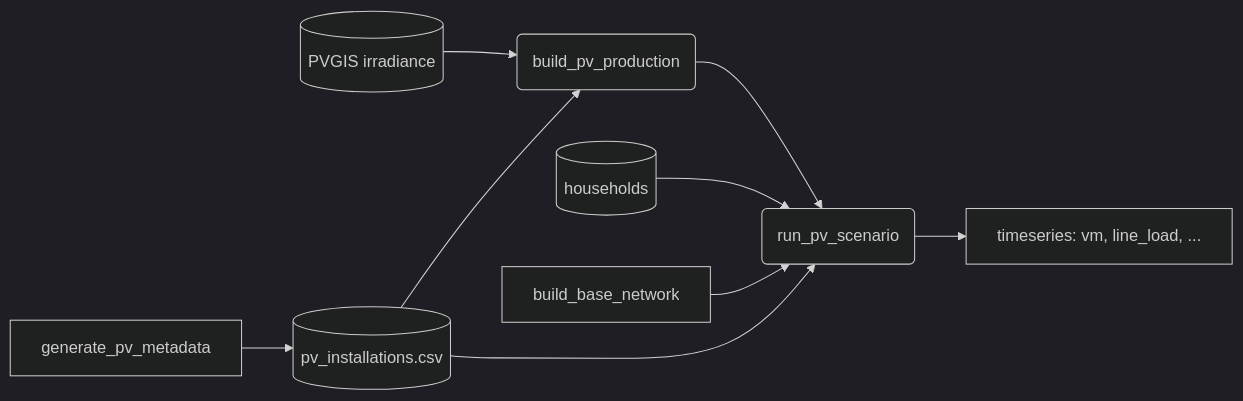
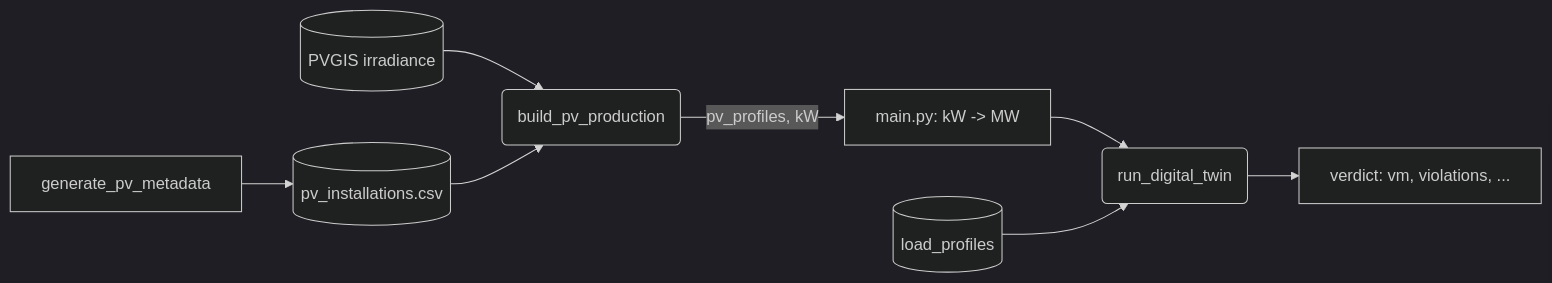
The diagram in docs/pv_modelling.md (MAS4TE/digital_twin), drawn with Mermaid (dark theme) before and after one commit. The commit also changed other lines of this file and 8 other files, not shown here.

````diff
--- a/docs/pv_modelling.md
+++ b/docs/pv_modelling.md
@@ -13,11 +16,10 @@
 ```{mermaid}
 flowchart LR
+    M[generate_pv_metadata] --> C[(pv_installations.csv)]
     A[(PVGIS irradiance)] --> P(build_pv_production)
-    M[generate_pv_metadata] --> C[(pv_installations.csv)]
     C --> P
-    C --> S(run_pv_scenario)
-    P --> S
-    H[(households)] --> S
-    N[build_base_network] --> S
-    S --> R[timeseries: vm, line_load, ...]
+    P -->|pv_profiles, kW| K[main.py: kW -> MW]
+    K --> T(run_digital_twin)
+    L[(load_profiles)] --> T
+    T --> R[verdict: vm, violations, ...]
 ```
````
